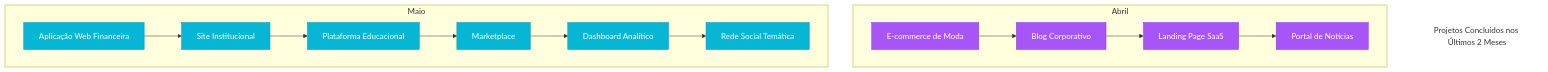
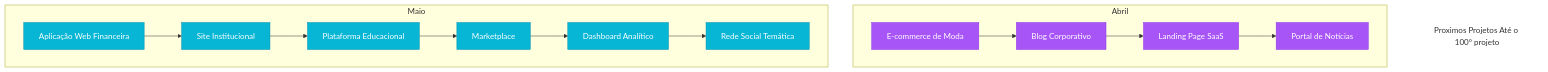
One commit to RazielLimaa/Bleya changed the diagram in README.md. Above: the diagram before and after it, drawn with Mermaid.

````diff
--- a/README.md
+++ b/README.md
@@ -33,25 +33,25 @@
 ```mermaid
 graph TD;
-    title[Projetos Concluídos nos Últimos 2 Meses]
+    title[Proximos Projetos Até o 100° projeto]
     style title fill:none,stroke:none
     
     subgraph Abril
     A1[E-commerce de Moda] --> A2[Blog Corporativo]
     A2 --> A3[Landing Page SaaS]
     A3 --> A4[Portal de Notícias]
     end
     
     subgraph Maio
     M1[Aplicação Web Financeira] --> M2[Site Institucional]
     M2 --> M3[Plataforma Educacional]
     M3 --> M4[Marketplace]
     M4 --> M5[Dashboard Analítico]
     M5 --> M6[Rede Social Temática]
     end
     
     classDef abril fill:#a855f7,color:white,stroke:#9333ea;
     classDef maio fill:#06b6d4,color:white,stroke:#0891b2;
     
     class A1,A2,A3,A4 abril;
     class M1,M2,M3,M4,M5,M6 maio;
 ```
````
